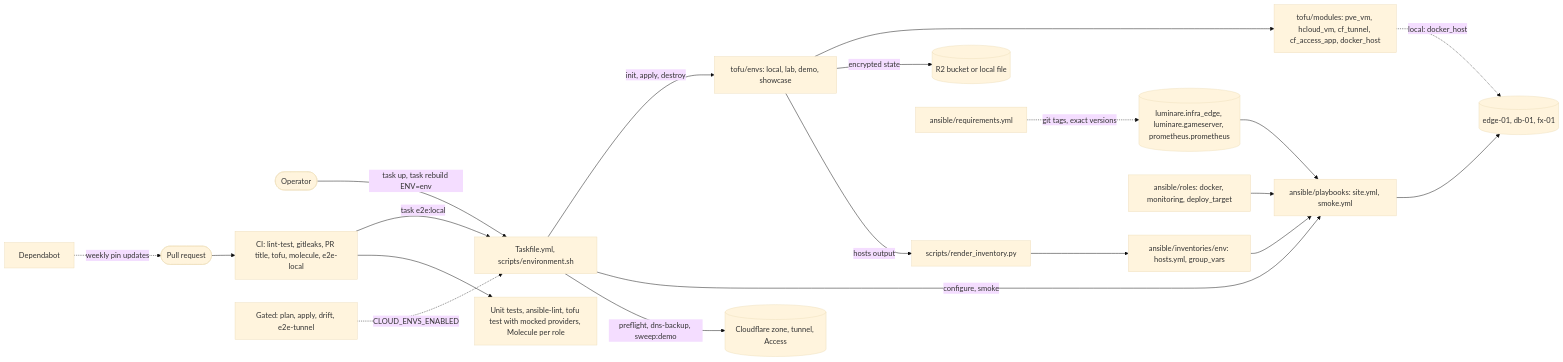
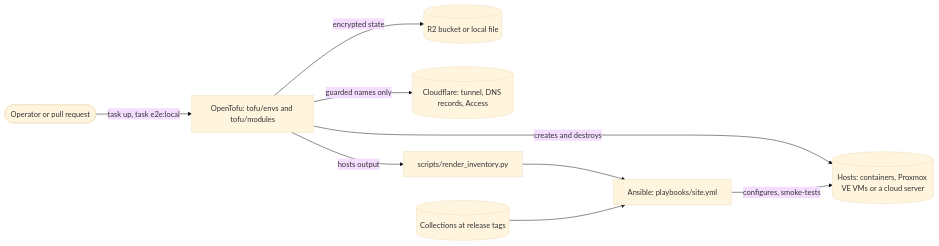
The diagram in README.md (luminare-dev/infra-edge-lab), drawn with Mermaid (base theme) before and after one commit. The commit also changed other lines of this file and 20 other files, not shown here.

````diff
--- a/README.md
+++ b/README.md
@@ -116,22 +63,11 @@
 ```mermaid
 flowchart LR
-    operator(["Operator"]) -->|"task up, task rebuild ENV=env"| tasks["Taskfile.yml, scripts/environment.sh"]
-    pr(["Pull request"]) --> ci["CI: lint-test, gitleaks, PR title, tofu, molecule, e2e-local"]
-    ci -->|"task e2e:local"| tasks
-    deps["Dependabot"] -.->|"weekly pin updates"| pr
-    tasks -->|"init, apply, destroy"| envs["tofu/envs: local, lab, demo, showcase"]
-    envs --> modules["tofu/modules: pve_vm, hcloud_vm, cf_tunnel, cf_access_app, docker_host"]
-    envs -->|"encrypted state"| state[("R2 bucket or local file")]
-    envs -->|"hosts output"| render["scripts/render_inventory.py"]
-    render --> inventory["ansible/inventories/env: hosts.yml, group_vars"]
-    tasks -->|"configure, smoke"| site["ansible/playbooks: site.yml, smoke.yml"]
-    inventory --> site
-    requirements["ansible/requirements.yml"] -.->|"git tags, exact versions"| collections[("luminare.infra_edge, luminare.gameserver, prometheus.prometheus")]
-    collections --> site
-    roles["ansible/roles: docker, monitoring, deploy_target"] --> site
-    site --> hosts[("edge-01, db-01, fx-01")]
-    modules -.->|"local: docker_host"| hosts
-    ci --> checks["Unit tests, ansible-lint, tofu test with mocked providers, Molecule per role"]
-    gated["Gated: plan, apply, drift, e2e-tunnel"] -.->|"CLOUD_ENVS_ENABLED"| tasks
-    tasks -->|"preflight, dns-backup, sweep:demo"| zone[("Cloudflare zone, tunnel, Access")]
+    who(["Operator or pull request"]) -->|"task up, task e2e:local"| tofu["OpenTofu: tofu/envs and tofu/modules"]
+    tofu -->|"encrypted state"| state[("R2 bucket or local file")]
+    tofu -->|"creates and destroys"| hosts[("Hosts: containers, Proxmox VE VMs or a cloud server")]
+    tofu -->|"guarded names only"| cf[("Cloudflare: tunnel, DNS records, Access")]
+    tofu -->|"hosts output"| inventory["scripts/render_inventory.py"]
+    inventory --> site["Ansible: playbooks/site.yml"]
+    collections[("Collections at release tags")] --> site
+    site -->|"configures, smoke-tests"| hosts
 ```
````
